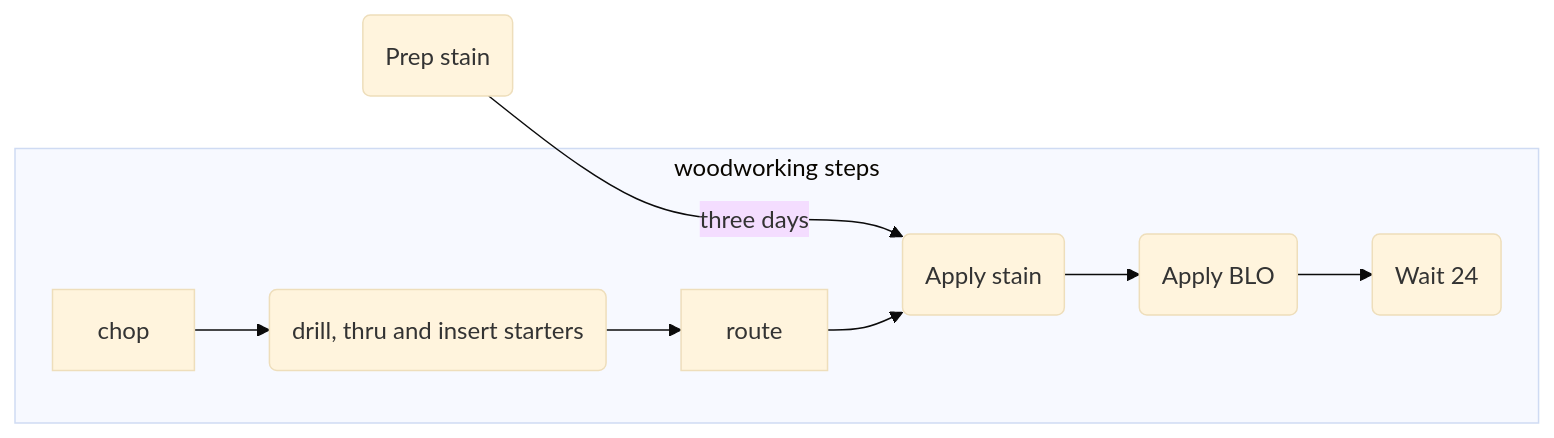
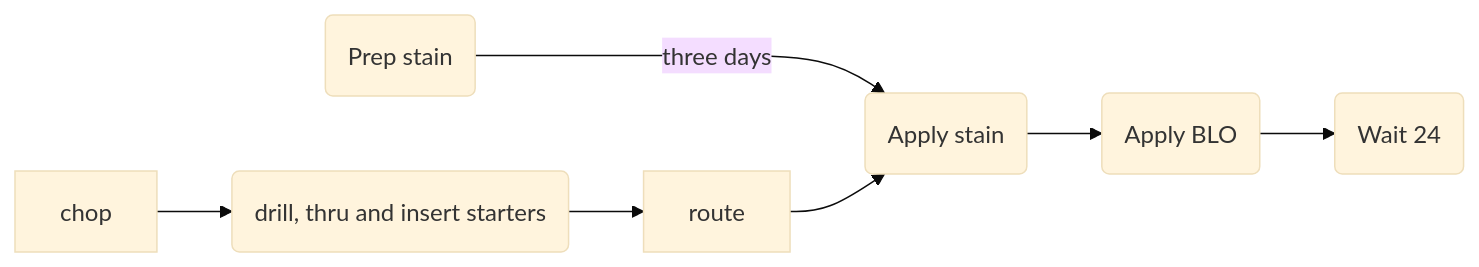
One commit to frankburgs/wood changed the diagram in README.md. Above: the diagram before and after it, drawn with Mermaid (base theme).

````diff
--- a/README.md
+++ b/README.md
@@ -1,21 +1,17 @@
 ```mermaid
 
 flowchart LR
 
     id1(Prep stain)-- three days --->id2(Apply stain)
-    
-    subgraph ide1 [woodworking steps]
     
     chop-->id3(drill, thru and insert starters)
     
     id3-->route
     
     route-->id2
     
     id2-->idBLO(Apply BLO)
     
     idBLO-->idwait24(Wait 24)
     
-    end
-    
 ```
````
